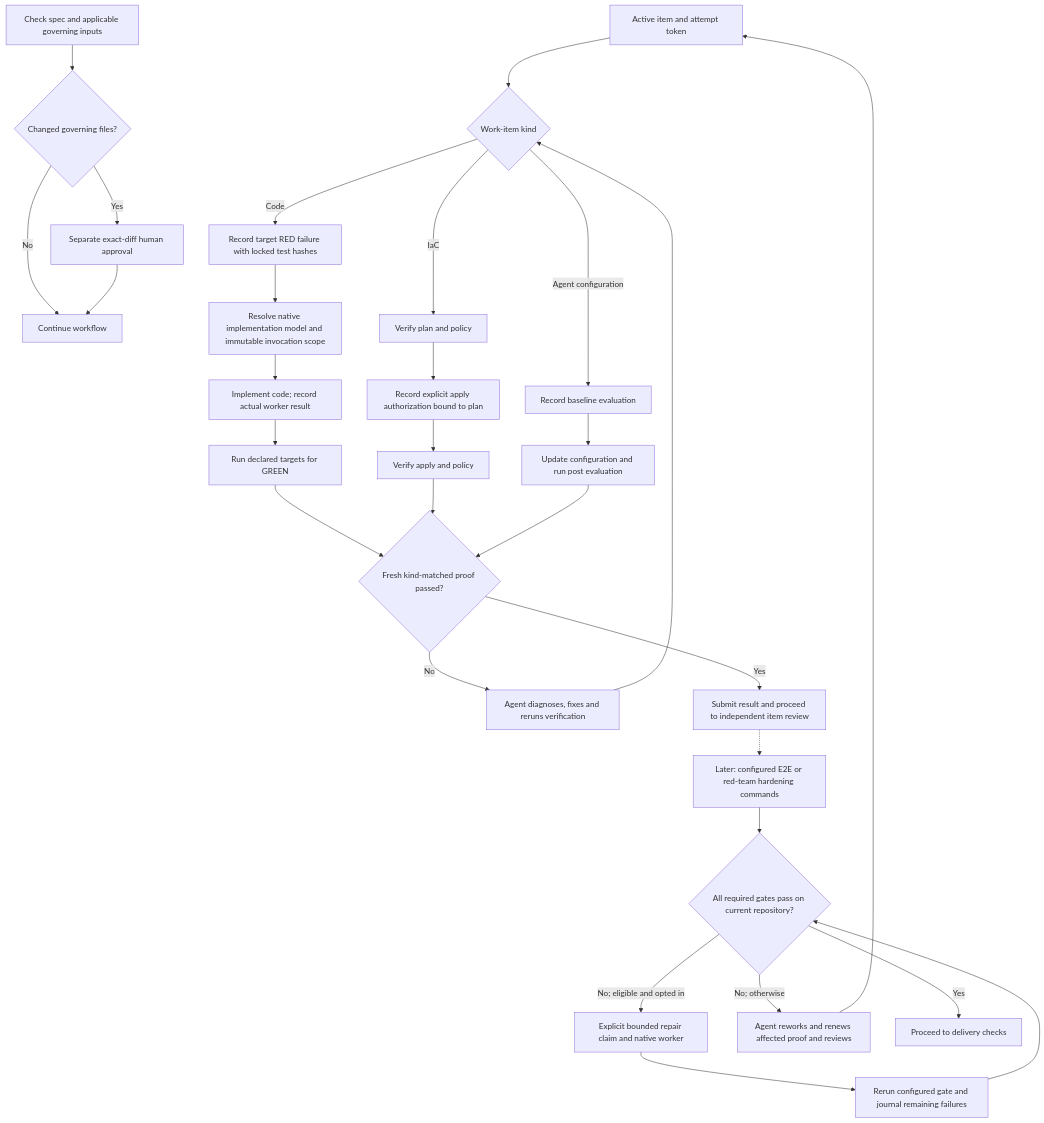
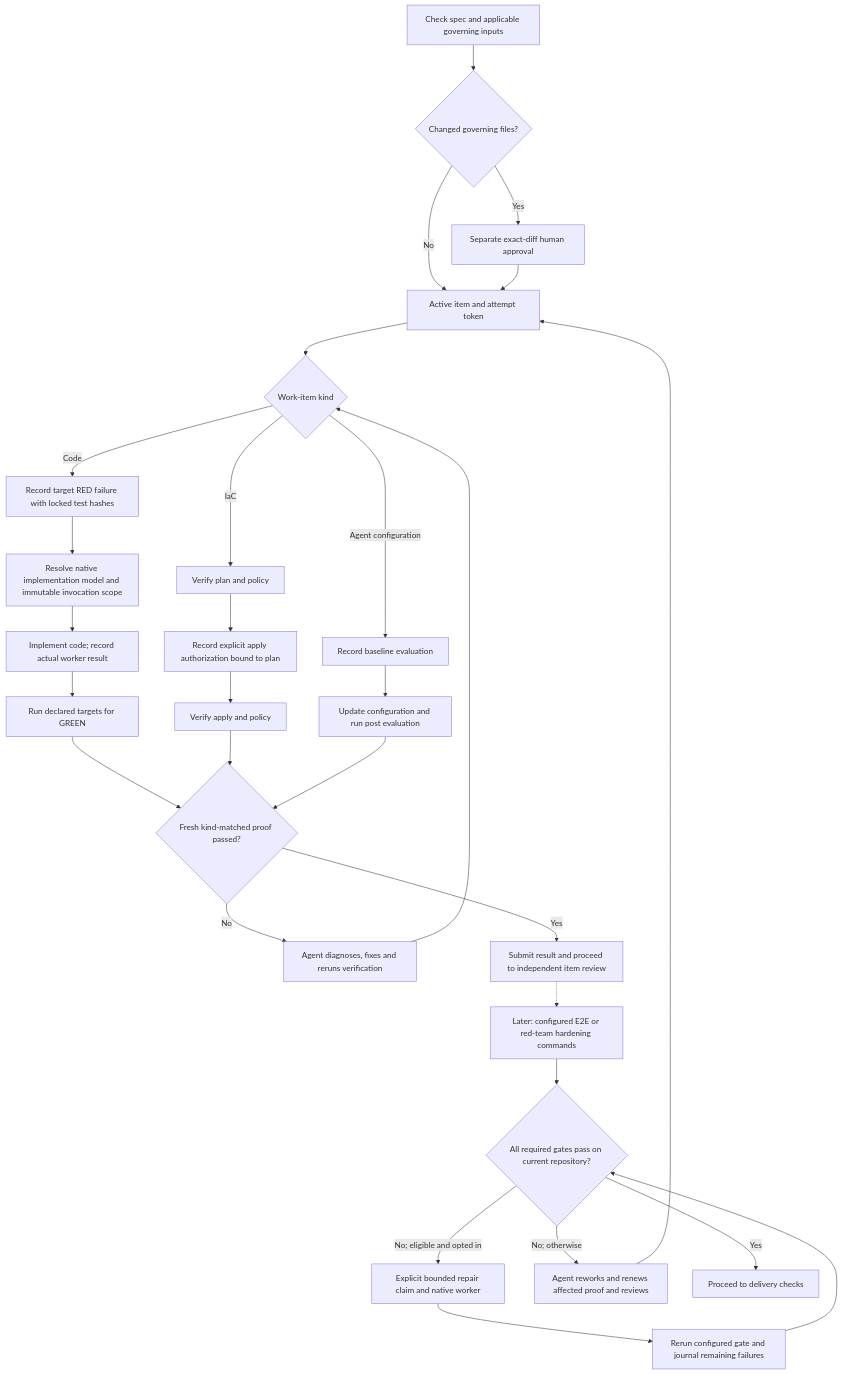
The diagram in skills/build-work/SKILL.md (wgentil/devflow), drawn with Mermaid before and after one commit. The commit also changed other lines of this file and 9 other files, not shown here.

````diff
--- a/skills/build-work/SKILL.md
+++ b/skills/build-work/SKILL.md
@@ -10,31 +10,31 @@
 ```mermaid
 flowchart TD
     Inputs["Check spec and applicable governing inputs"] --> Policy{"Changed governing files?"}
     Policy -->|Yes| Approve["Separate exact-diff human approval"]
-    Policy -->|No| Continue["Continue workflow"]
-    Approve --> Continue
+    Policy -->|No| Attempt
+    Approve --> Attempt
     Attempt["Active item and attempt token"] --> Kind{"Work-item kind"}
     Kind -->|Code| Red["Record target RED failure with locked test hashes"]
     Red --> Native["Resolve native implementation model and immutable invocation scope"]
     Native --> Code["Implement code; record actual worker result"]
     Code --> Green["Run declared targets for GREEN"]
     Kind -->|IaC| Plan["Verify plan and policy"]
     Plan --> Auth["Record explicit apply authorization bound to plan"]
     Auth --> Apply["Verify apply and policy"]
     Kind -->|Agent configuration| Baseline["Record baseline evaluation"]
     Baseline --> Config["Update configuration and run post evaluation"]
     Green --> Passed{"Fresh kind-matched proof passed?"}
     Apply --> Passed
     Config --> Passed
     Passed -->|No| Fix["Agent diagnoses, fixes and reruns verification"]
     Fix --> Kind
     Passed -->|Yes| Result["Submit result and proceed to independent item review"]
     Result -.-> Gates["Later: configured E2E or red-team hardening commands"]
     Gates --> GatePass{"All required gates pass on current repository?"}
     GatePass -->|No; eligible and opted in| Repair["Explicit bounded repair claim and native worker"]
     Repair --> Rerun["Rerun configured gate and journal remaining failures"]
     Rerun --> GatePass
     GatePass -->|No; otherwise| Rework["Agent reworks and renews affected proof and reviews"]
     Rework --> Attempt
     GatePass -->|Yes| Delivery["Proceed to delivery checks"]
 ```
````
